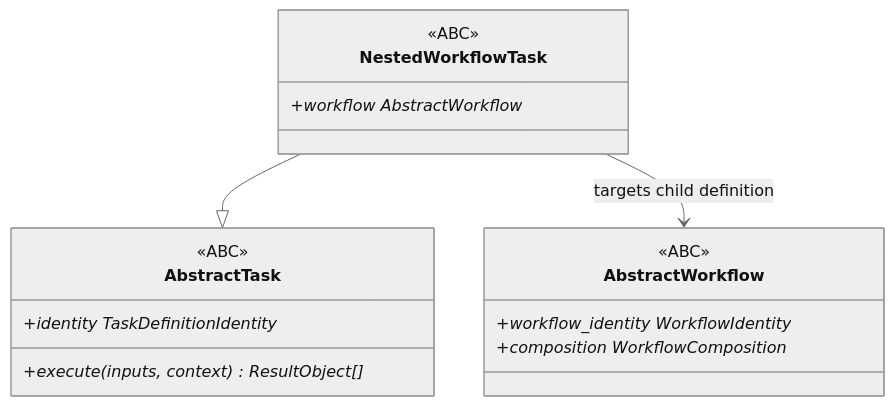
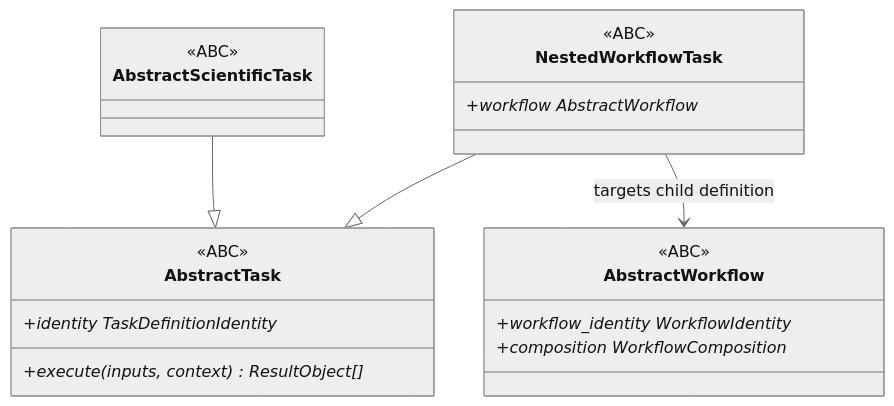
Before and after one commit to eragasa/ksdft2effmass: the first of 4 diagrams in docs/architecture/v2/ksdft2effmass/workflow/schematic.md, drawn with Mermaid (neutral theme). The commit also changed other lines of this file and 4 other files, not shown here.

Commit message:
docs(workflow): define scientific task ABC

````diff
--- a/docs/architecture/v2/ksdft2effmass/workflow/schematic.md
+++ b/docs/architecture/v2/ksdft2effmass/workflow/schematic.md
@@ -5,20 +5,24 @@
 ```mermaid
 classDiagram
     class AbstractTask {
         <<ABC>>
         +identity TaskDefinitionIdentity*
         +execute(inputs, context) ResultObject[]*
+    }
+    class AbstractScientificTask {
+        <<ABC>>
     }
     class AbstractWorkflow {
         <<ABC>>
         +workflow_identity WorkflowIdentity*
         +composition WorkflowComposition*
     }
     class NestedWorkflowTask {
         <<ABC>>
         +workflow AbstractWorkflow*
     }
 
+    AbstractScientificTask --|> AbstractTask
     NestedWorkflowTask --|> AbstractTask
     NestedWorkflowTask --> AbstractWorkflow : targets child definition
 ```
````
